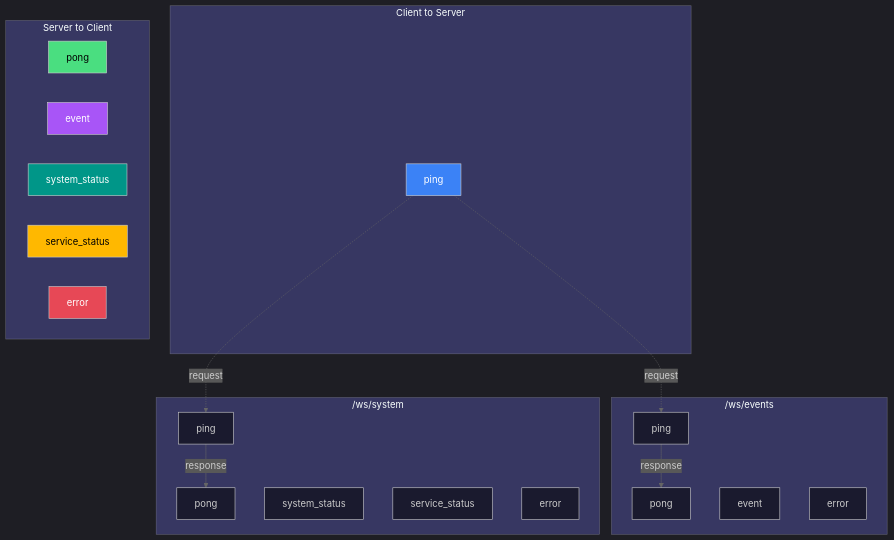
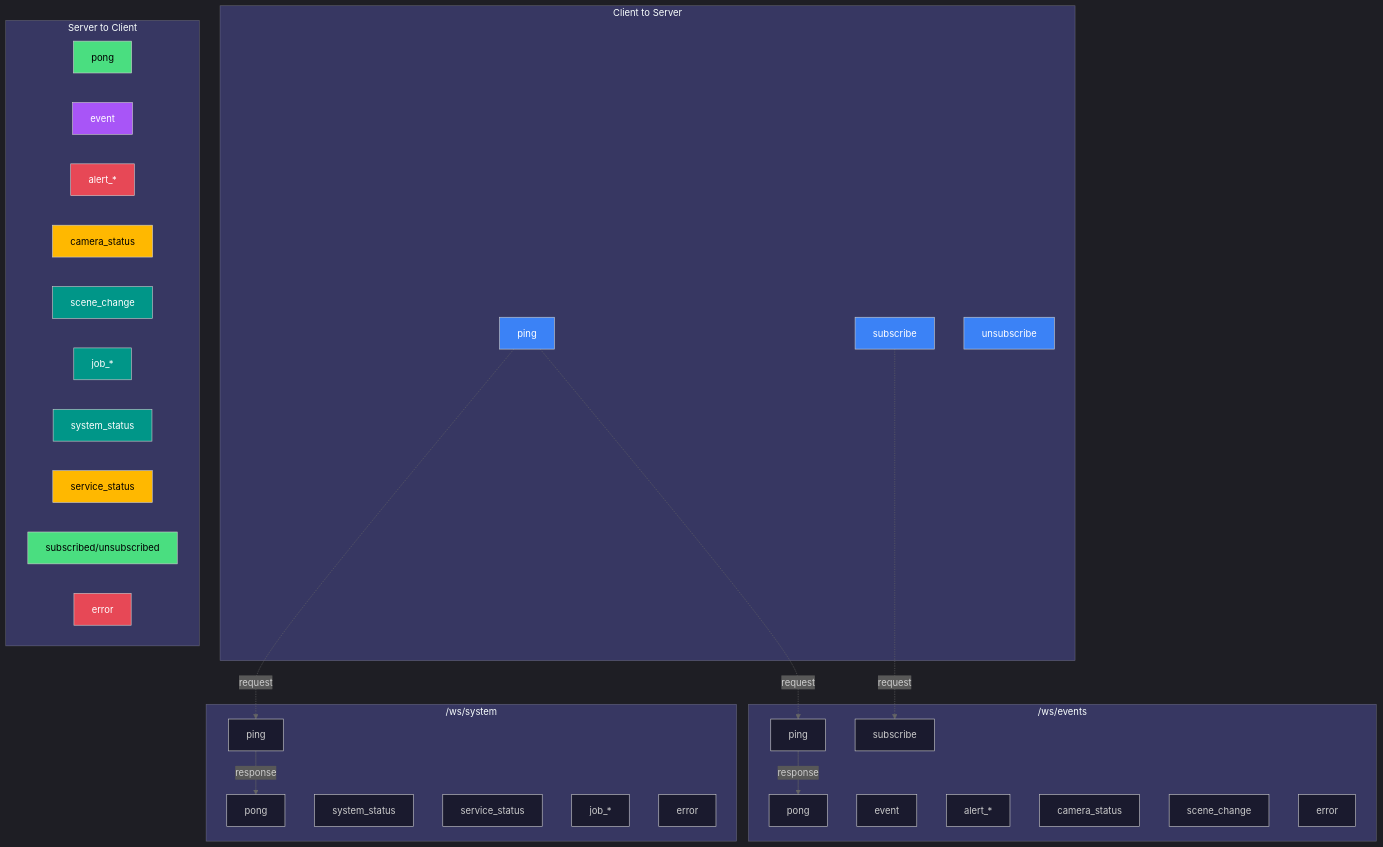
Before and after one commit to mikesvoboda/nemotron-v3-home-security-intelligence: the fifth of 5 diagrams in docs/developer/api/realtime.md, drawn with Mermaid. The commit also changed other lines of this file and 5 other files, not shown here.

````diff
--- a/docs/developer/api/realtime.md
+++ b/docs/developer/api/realtime.md
@@ -624,54 +714,74 @@
 ```mermaid
 %%{init: {
   'theme': 'dark',
   'themeVariables': {
     'primaryColor': '#3B82F6',
     'primaryTextColor': '#FFFFFF',
     'primaryBorderColor': '#60A5FA',
     'secondaryColor': '#A855F7',
     'tertiaryColor': '#009688',
     'background': '#121212',
     'mainBkg': '#1a1a2e',
     'lineColor': '#666666'
   }
 }}%%
 flowchart TB
     subgraph ClientToServer["Client to Server"]
         PING[ping]
+        SUB[subscribe]
+        UNSUB[unsubscribe]
     end
 
     subgraph ServerToClient["Server to Client"]
         PONG[pong]
         EVENT[event]
+        ALERT[alert_*]
+        CAM[camera_status]
+        SCENE[scene_change]
+        JOB[job_*]
         SYS[system_status]
         SVC[service_status]
+        SUBRESP[subscribed/unsubscribed]
         ERR[error]
     end
 
     subgraph EventEndpoint["/ws/events"]
         E_PING[ping]
+        E_SUB[subscribe]
         E_PONG[pong]
         E_EVENT[event]
+        E_ALERT[alert_*]
+        E_CAM[camera_status]
+        E_SCENE[scene_change]
         E_ERR[error]
     end
 
     subgraph SystemEndpoint["/ws/system"]
         S_PING[ping]
         S_PONG[pong]
         S_SYS[system_status]
         S_SVC[service_status]
+        S_JOB[job_*]
         S_ERR[error]
     end
 
     PING -.->|request| E_PING
     PING -.->|request| S_PING
+    SUB -.->|request| E_SUB
     E_PING -->|response| E_PONG
     S_PING -->|response| S_PONG
 
     style PING fill:#3B82F6,color:#fff
+    style SUB fill:#3B82F6,color:#fff
+    style UNSUB fill:#3B82F6,color:#fff
     style PONG fill:#4ADE80,color:#000
     style EVENT fill:#A855F7,color:#fff
+    style ALERT fill:#E74856,color:#fff
+    style CAM fill:#FFB800,color:#000
+    style SCENE fill:#009688,color:#fff
+    style JOB fill:#009688,color:#fff
     style SYS fill:#009688,color:#fff
     style SVC fill:#FFB800,color:#000
+    style SUBRESP fill:#4ADE80,color:#000
     style ERR fill:#E74856,color:#fff
 ```
````
